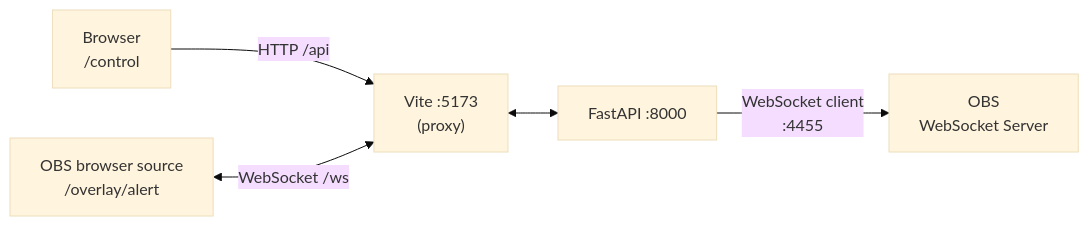
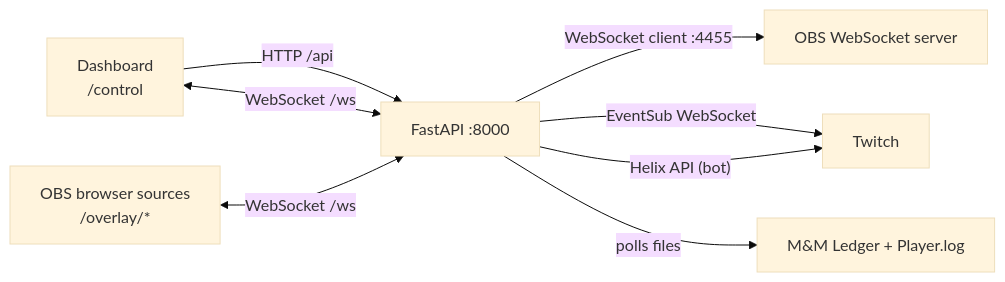
Before and after one commit to Sanguine-Hexcraft/sang_suite: the diagram in README.md, drawn with Mermaid (base theme). The commit also changed other lines of this file, not shown here.

````diff
--- a/README.md
+++ b/README.md
@@ -40,7 +78,10 @@
 ```mermaid
 graph LR
-    B["Browser<br/>/control"] -->|"HTTP /api"| V["Vite :5173<br/>(proxy)"]
-    O["OBS browser source<br/>/overlay/alert"] <-->|"WebSocket /ws"| V
-    V <--> F["FastAPI :8000"]
-    F -->|"WebSocket client<br/>:4455"| OBS["OBS<br/>WebSocket Server"]
+    D["Dashboard<br/>/control"] -->|"HTTP /api"| F["FastAPI :8000"]
+    D <-->|"WebSocket /ws"| F
+    O["OBS browser sources<br/>/overlay/*"] <-->|"WebSocket /ws"| F
+    F -->|"WebSocket client :4455"| OBS["OBS WebSocket server"]
+    F -->|"EventSub WebSocket"| T["Twitch"]
+    F -->|"Helix API (bot)"| T
+    F -->|"polls files"| M["M&M Ledger + Player.log"]
 ```
````
